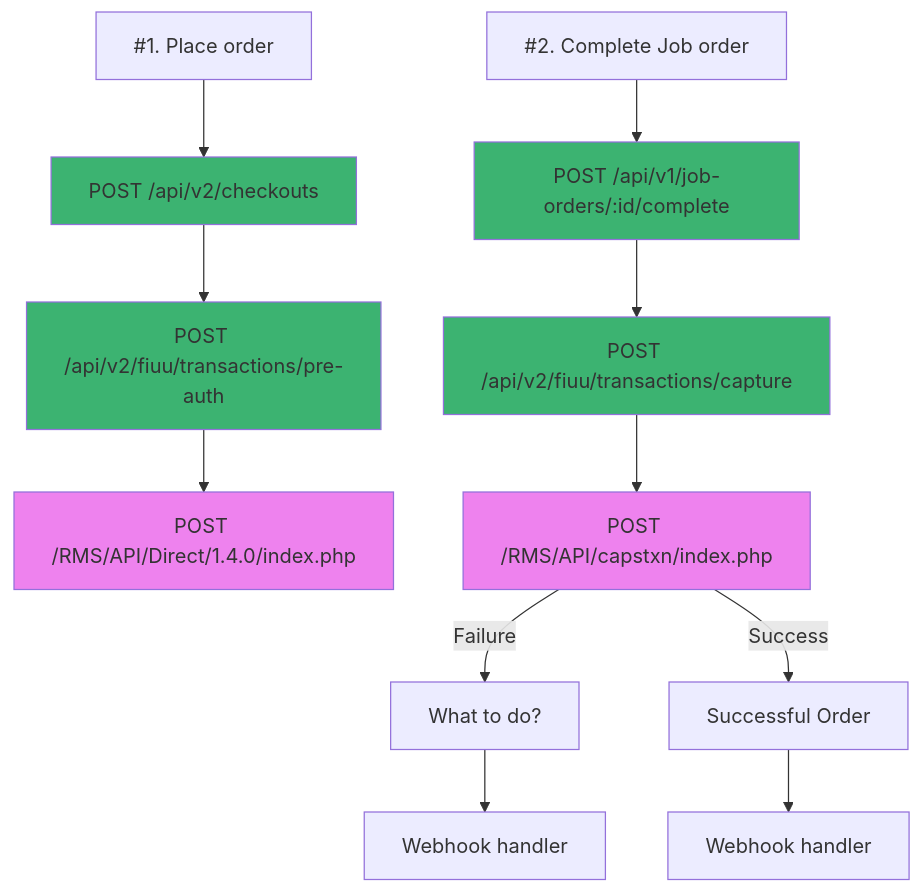
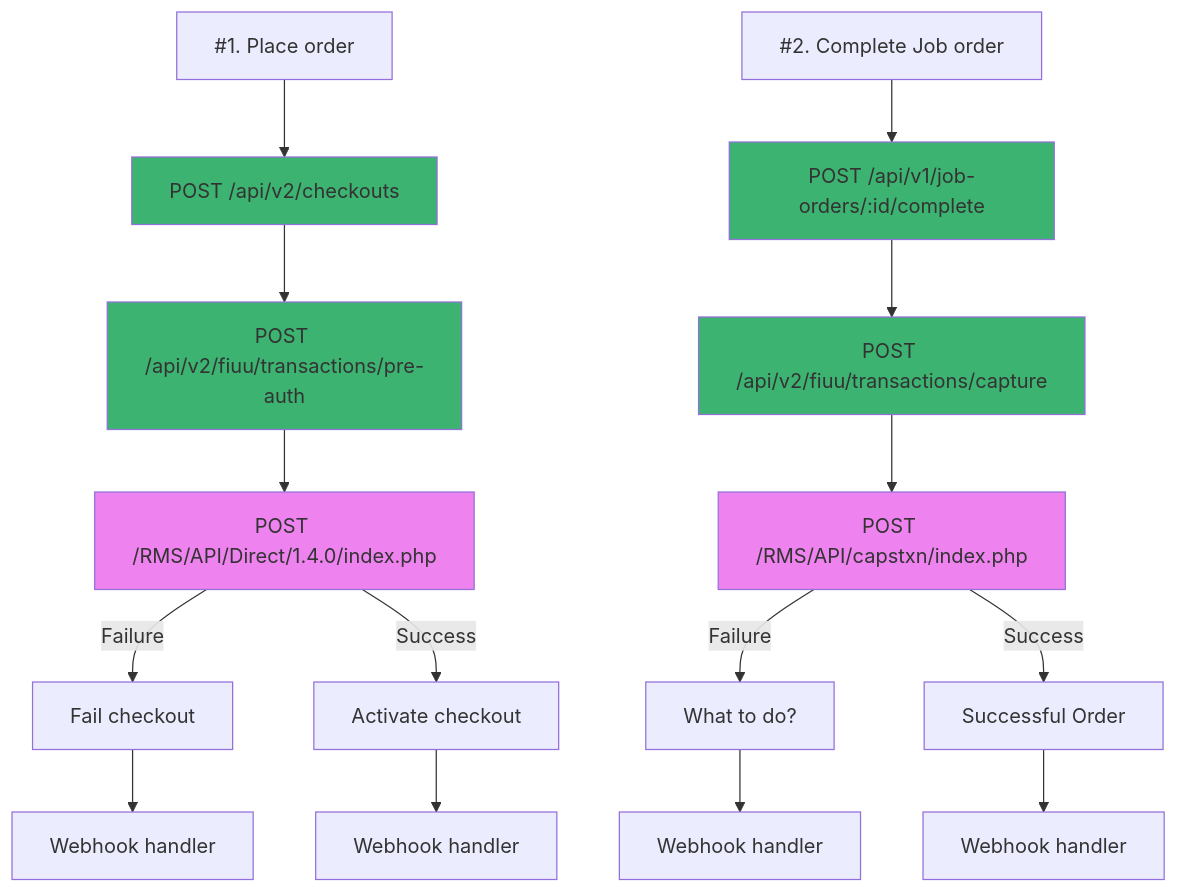
The first of 3 diagrams in fiuu-preauth-capture-v1.md (israelcoper/mermaid-diagram), drawn with Mermaid before and after one commit. The commit also changed other lines of this file, not shown here.

Commit message:
Activate/Fail checkout

````diff
--- a/fiuu-preauth-capture-v1.md
+++ b/fiuu-preauth-capture-v1.md
@@ -2,24 +2,29 @@
 ```mermaid
 ---
 title:
 ---
 flowchart TB;
     style B1 fill:#3cb371
     style C1 fill:#3cb371
     style D1 fill:#ee82ee
 
     style B2 fill:#3cb371
     style C2 fill:#3cb371
     style D2 fill:#ee82ee
 
     A1["#1. Place order"]-->B1[POST /api/v2/checkouts];
     B1-->C1[POST /api/v2/fiuu/transactions/pre-auth];
     C1-->D1[POST /RMS/API/Direct/1.4.0/index.php];
+    D1--Failure-->D11[Fail checkout];
+    D1--Success-->D12[Activate checkout];
+    D11-->D111[Webhook handler];
+    D12-->D121[Webhook handler];
+
     A2["#2. Complete Job order"]-->B2[POST /api/v1/job-orders/:id/complete];
     B2-->C2[POST /api/v2/fiuu/transactions/capture];
     C2-->D2[POST /RMS/API/capstxn/index.php];
     D2--Failure-->E2[What to do?];
     D2--Success-->F2[Successful Order];
     E2-->E21[Webhook handler];
     F2-->F21[Webhook handler];
 ```
````
